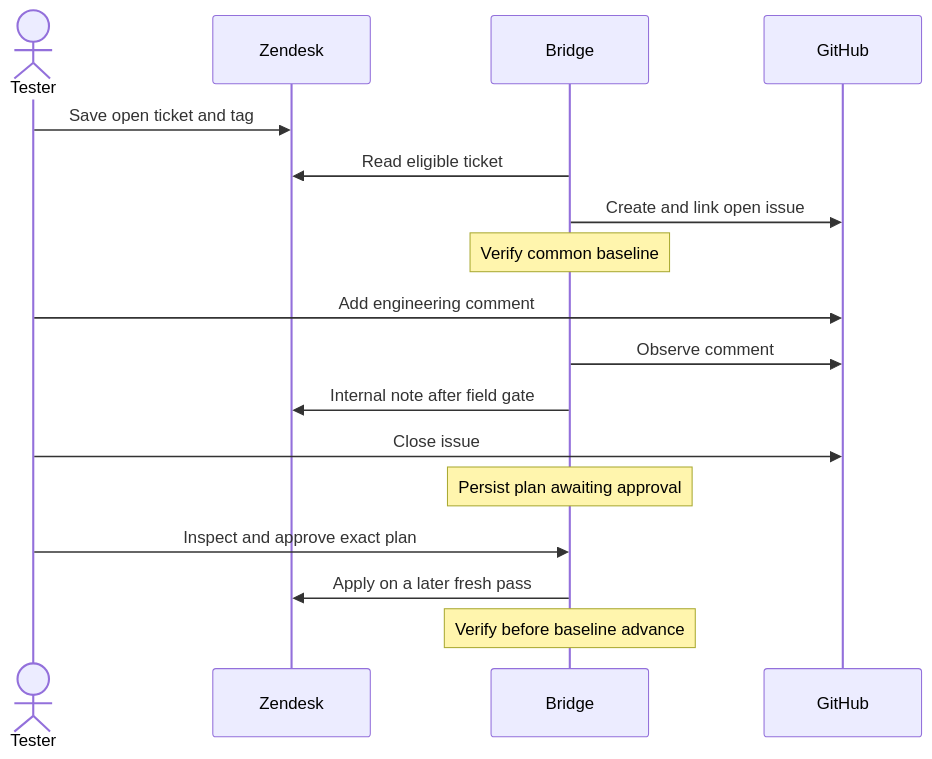
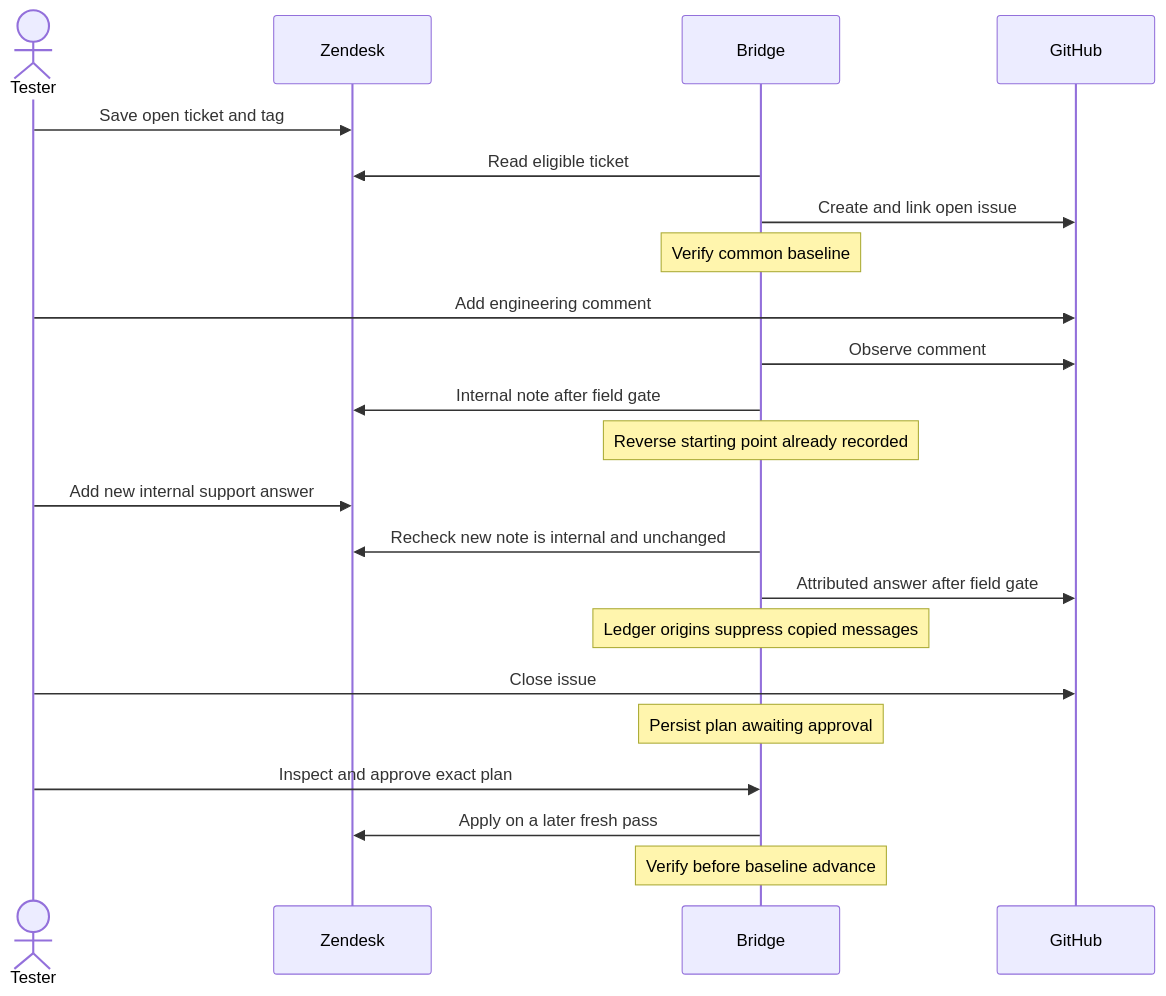
Before and after one commit to AlbertFlorescu/support-bridge: the first of 2 diagrams in docs/SCENARIO.md, drawn with Mermaid. The commit also changed other lines of this file and 72 other files, not shown here.

````diff
--- a/docs/SCENARIO.md
+++ b/docs/SCENARIO.md
@@ -37,19 +37,24 @@
 ```mermaid
 sequenceDiagram
     actor Tester
     participant ZD as Zendesk
     participant Bridge
     participant GH as GitHub
     Tester->>ZD: Save open ticket and tag
     Bridge->>ZD: Read eligible ticket
     Bridge->>GH: Create and link open issue
     Note over Bridge: Verify common baseline
     Tester->>GH: Add engineering comment
     Bridge->>GH: Observe comment
     Bridge->>ZD: Internal note after field gate
+    Note over Bridge: Reverse starting point already recorded
+    Tester->>ZD: Add new internal support answer
+    Bridge->>ZD: Recheck new note is internal and unchanged
+    Bridge->>GH: Attributed answer after field gate
+    Note over Bridge: Ledger origins suppress copied messages
     Tester->>GH: Close issue
     Note over Bridge: Persist plan awaiting approval
     Tester->>Bridge: Inspect and approve exact plan
     Bridge->>ZD: Apply on a later fresh pass
     Note over Bridge: Verify before baseline advance
 ```
````
